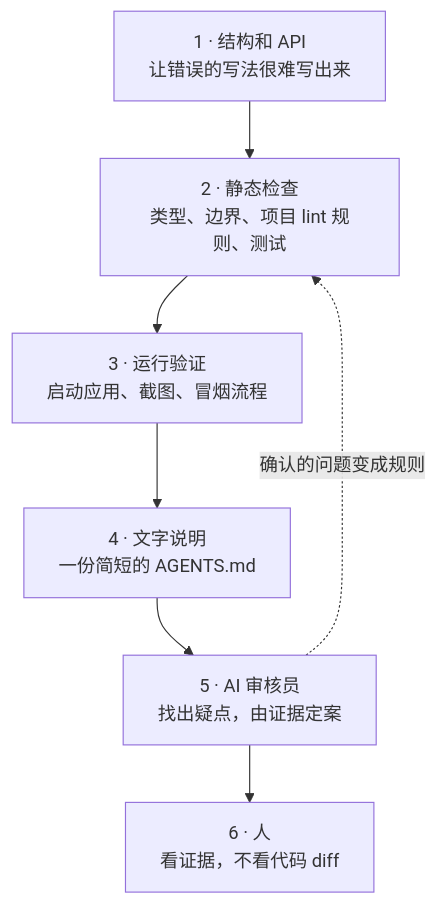
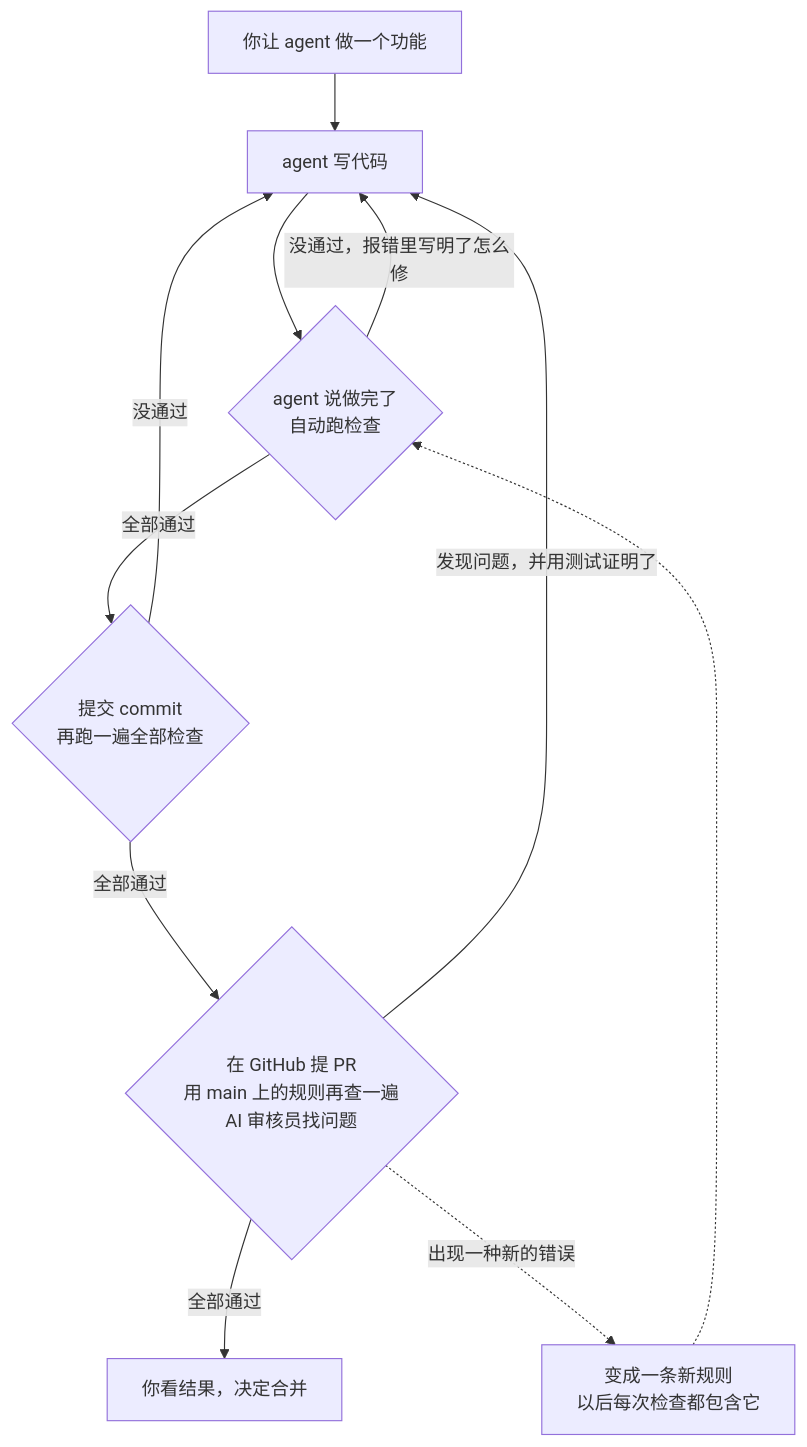
One commit to Tim-rppl/trust-pyramid changed the diagram in README.zh-CN.md. Above: the diagram before and after it, drawn with Mermaid. The commit also changed other lines of this file and 1 other file, not shown here.

Commit message:
README: replace the layer diagram with the path of one change
The six-layer diagram assumed the reader knew the method. The new
diagram (en, zh) follows a change from request to merge in plain words,
and the gate table says when each check runs.

````diff
--- a/README.zh-CN.md
+++ b/README.zh-CN.md
@@ -102,9 +104,13 @@
 ```mermaid
-flowchart TB
-    A["1 · 结构和 API<br/>让错误的写法很难写出来"] --> B["2 · 静态检查<br/>类型、边界、项目 lint 规则、测试"]
-    B --> C["3 · 运行验证<br/>启动应用、截图、冒烟流程"]
-    C --> D["4 · 文字说明<br/>一份简短的 AGENTS.md"]
-    D --> E["5 · AI 审核员<br/>找出疑点，由证据定案"]
-    E --> F["6 · 人<br/>看证据，不看代码 diff"]
-    E -. "确认的问题变成规则" .-> B
+flowchart TD
+    A["你让 agent 做一个功能"] --> B["agent 写代码"]
+    B --> C{"agent 说做完了<br/>自动跑检查"}
+    C -- "没通过，报错里写明了怎么修" --> B
+    C -- "全部通过" --> D{"提交 commit<br/>再跑一遍全部检查"}
+    D -- "没通过" --> B
+    D -- "全部通过" --> E{"在 GitHub 提 PR<br/>用 main 上的规则再查一遍<br/>AI 审核员找问题"}
+    E -- "发现问题，并用测试证明了" --> B
+    E -- "全部通过" --> F["你看结果，决定合并"]
+    E -. "出现一种新的错误" .-> G["变成一条新规则<br/>以后每次检查都包含它"]
+    G -.-> C
 ```
````
